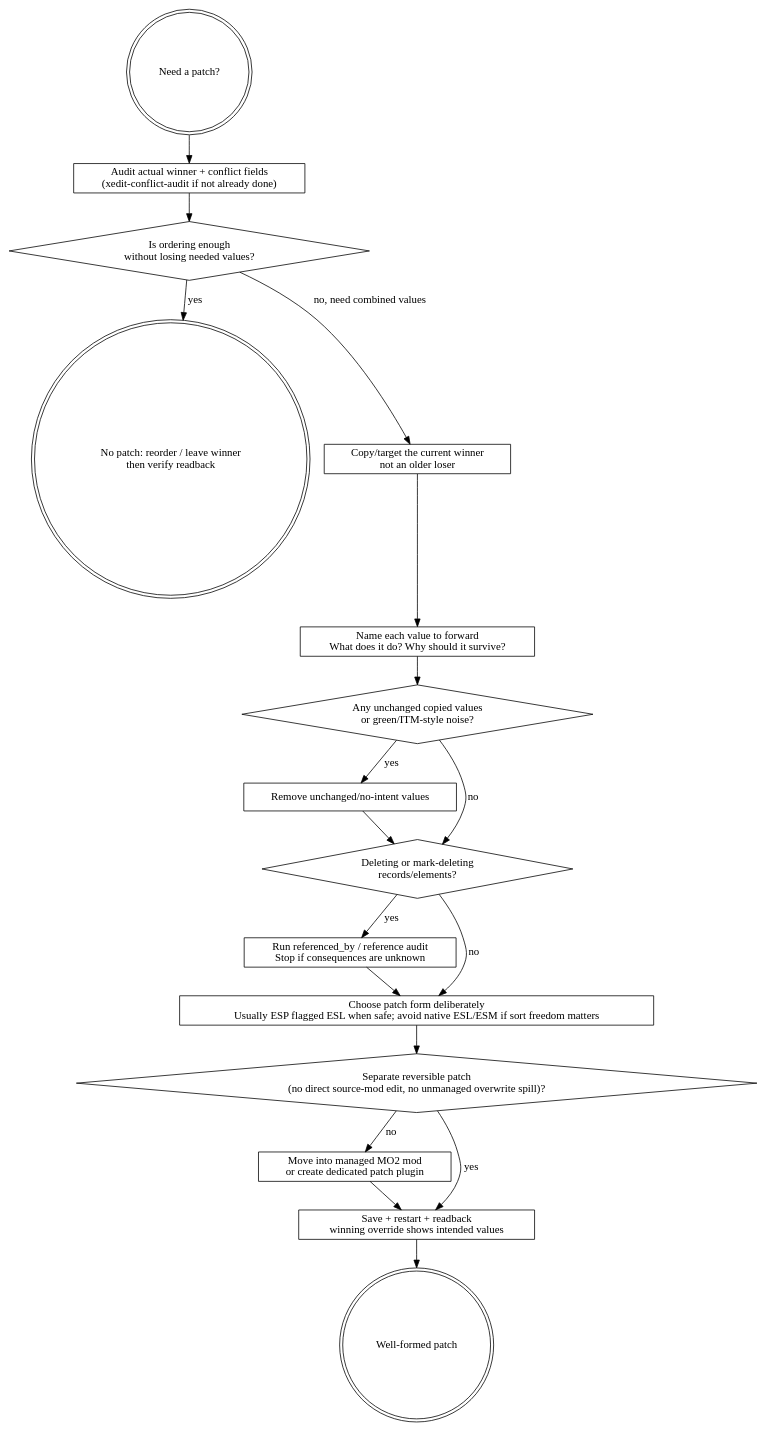
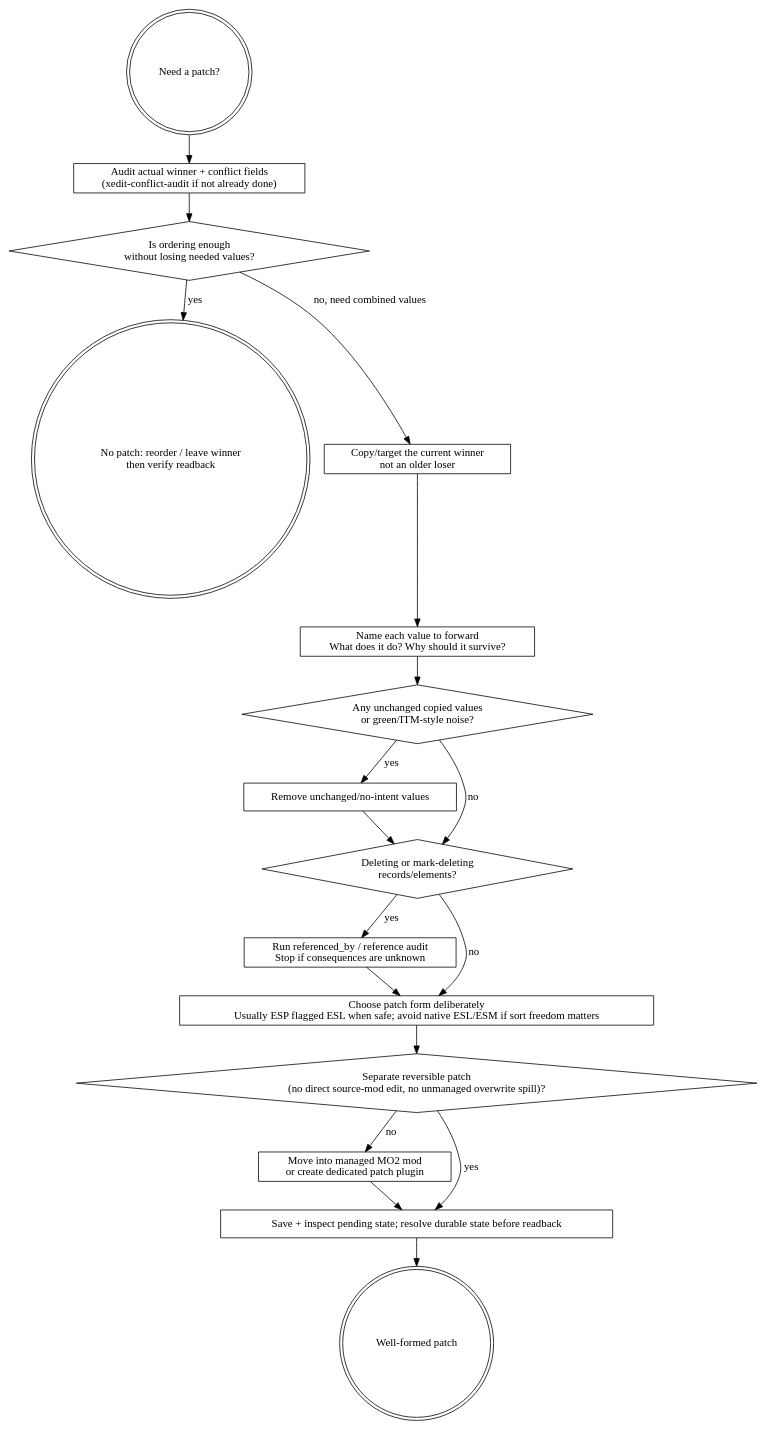
One commit to BB-84C/bgs-modding-superpowers changed the diagram in skills/xedit-automation/SKILL.md. Above: the diagram before and after it, drawn with Graphviz. The commit also changed other lines of this file and 17 other files, not shown here.

Commit message:
fix(xedit-mcp): block lifecycle on deferred saves

````diff
--- a/skills/xedit-automation/SKILL.md
+++ b/skills/xedit-automation/SKILL.md
@@ -67,37 +67,42 @@
 ```dot
 digraph patch_authoring_judgment {
+  // Pending-shutdown saves block lifecycle operations; see Dirty-state and
+  // relaunch control below. A restart is not a durability mechanism.
   rankdir=TB;
   node [shape=box];
 
   start [shape=doublecircle, label="Need a patch?"];
   audit [label="Audit actual winner + conflict fields\n(xedit-conflict-audit if not already done)"];
   reorder [shape=diamond, label="Is ordering enough\nwithout losing needed values?"];
   no_patch [shape=doublecircle, label="No patch: reorder / leave winner\nthen verify readback"];
   winner [label="Copy/target the current winner\nnot an older loser"];
   intent [label="Name each value to forward\nWhat does it do? Why should it survive?"];
   noise [shape=diamond, label="Any unchanged copied values\nor green/ITM-style noise?"];
   clean [label="Remove unchanged/no-intent values"];
   refs [shape=diamond, label="Deleting or mark-deleting\nrecords/elements?"];
   referenced [label="Run referenced_by / reference audit\nStop if consequences are unknown"];
   esl [label="Choose patch form deliberately\nUsually ESP flagged ESL when safe; avoid native ESL/ESM if sort freedom matters"];
   reversible [shape=diamond, label="Separate reversible patch\n(no direct source-mod edit, no unmanaged overwrite spill)?"];
   fix_shape [label="Move into managed MO2 mod\nor create dedicated patch plugin"];
   verify [label="Save + restart + readback\nwinning override shows intended values"];
   pass [shape=doublecircle, label="Well-formed patch"];
 
   start -> audit -> reorder;
   reorder -> no_patch [label="yes"];
   reorder -> winner [label="no, need combined values"];
   winner -> intent -> noise;
   noise -> clean [label="yes"];
   noise -> refs [label="no"];
   clean -> refs;
   refs -> referenced [label="yes"];
   refs -> esl [label="no"];
   referenced -> esl;
   esl -> reversible;
   reversible -> fix_shape [label="no"];
   reversible -> verify [label="yes"];
   fix_shape -> verify -> pass;
+  // Pending-shutdown saves require an external durable-state resolution;
+  // restart is not a flush or proof.
+  verify [label="Save + inspect pending state; resolve durable state before readback"];
 }
 ```
````
